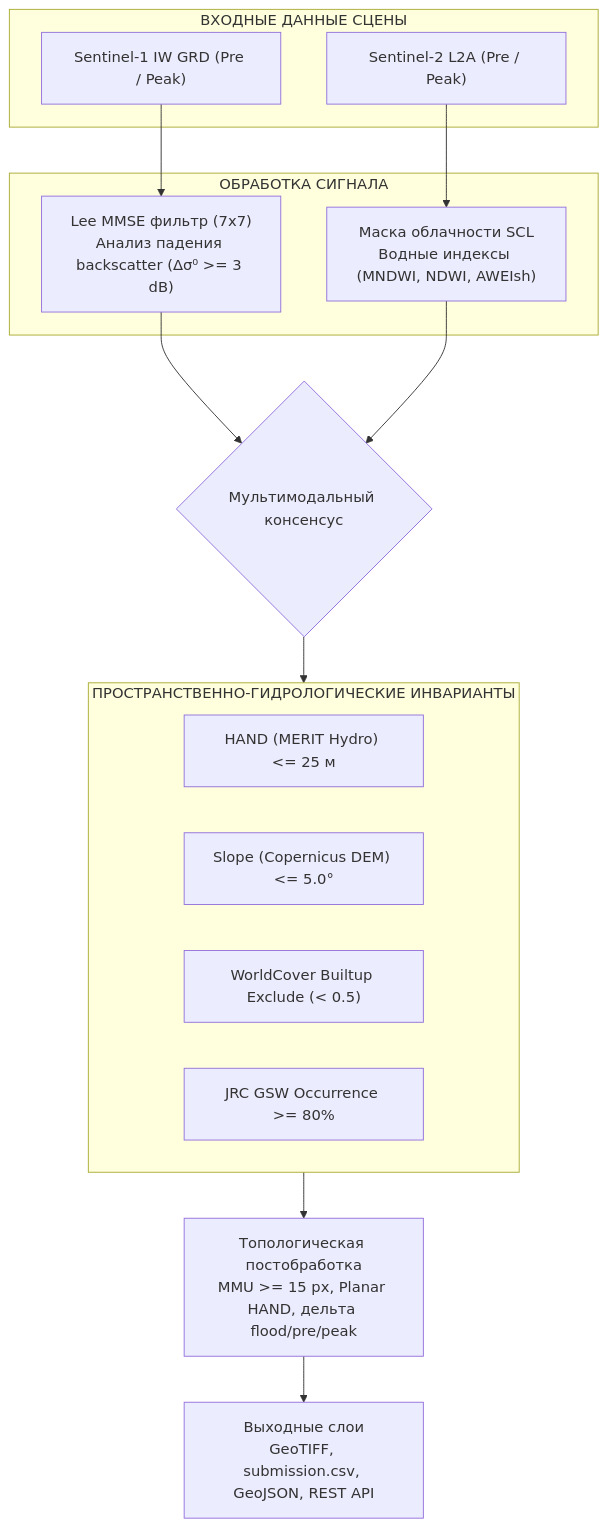
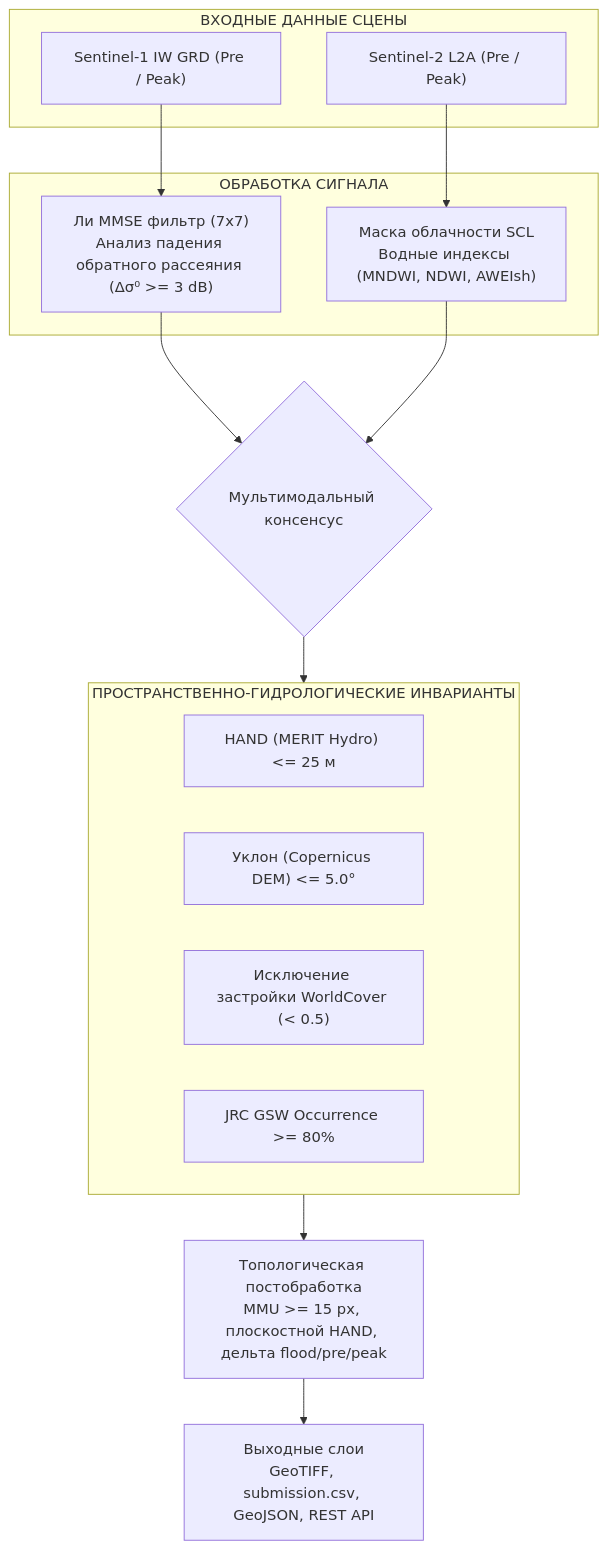
Before and after one commit to p4ulbr4dl3y/cosmohack-hydro-2026: the third of 4 diagrams in REPORT.md, drawn with Mermaid. The commit also changed other lines of this file and 2 other files, not shown here.

````diff
--- a/REPORT.md
+++ b/REPORT.md
@@ -258,26 +258,26 @@
 ```mermaid
 flowchart TD
     subgraph IN["ВХОДНЫЕ ДАННЫЕ СЦЕНЫ"]
         S1["Sentinel-1 IW GRD (Pre / Peak)"]
         S2["Sentinel-2 L2A (Pre / Peak)"]
     end
 
     subgraph PROC["ОБРАБОТКА СИГНАЛА"]
-        S1 --> P1["Lee MMSE фильтр (7x7)<br/>Анализ падения backscatter (Δσ⁰ >= 3 dB)"]
+        S1 --> P1["Ли MMSE фильтр (7x7)<br/>Анализ падения обратного рассеяния (Δσ⁰ >= 3 dB)"]
         S2 --> P2["Маска облачности SCL<br/>Водные индексы (MNDWI, NDWI, AWEIsh)"]
     end
 
     P1 --> FUS{"Мультимодальный консенсус"}
     P2 --> FUS
 
     subgraph HYDRO["ПРОСТРАНСТВЕННО-ГИДРОЛОГИЧЕСКИЕ ИНВАРИАНТЫ"]
         H1["HAND (MERIT Hydro) <= 25 м"]
-        H2["Slope (Copernicus DEM) <= 5.0°"]
-        H3["WorldCover Builtup Exclude (< 0.5)"]
+        H2["Уклон (Copernicus DEM) <= 5.0°"]
+        H3["Исключение застройки WorldCover (< 0.5)"]
         H4["JRC GSW Occurrence >= 80%"]
     end
 
     FUS --> HYDRO
-    HYDRO --> POST["Топологическая постобработка<br/>MMU >= 15 px, Planar HAND, дельта flood/pre/peak"]
+    HYDRO --> POST["Топологическая постобработка<br/>MMU >= 15 px, плоскостной HAND, дельта flood/pre/peak"]
     POST --> OUT["Выходные слои<br/>GeoTIFF, submission.csv, GeoJSON, REST API"]
 ```
````
